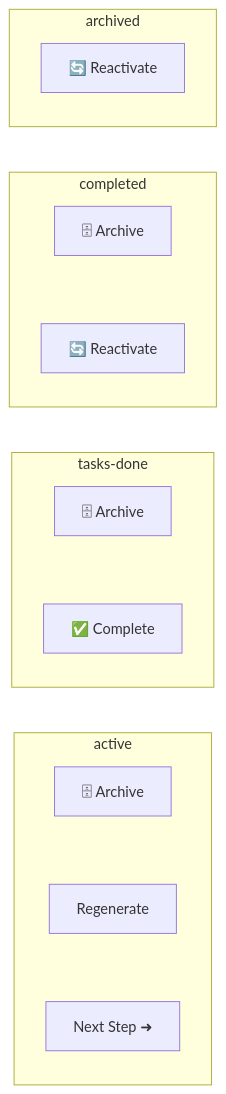
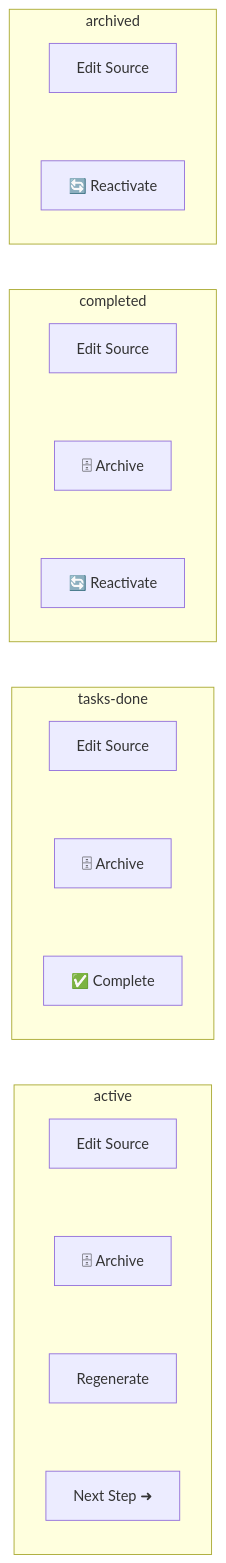
One commit to alfredoperez/speckit-companion changed the third of 8 diagrams in docs/viewer-states.md. Above: the diagram before and after it, drawn with Mermaid. The commit also changed other lines of this file and 12 other files, not shown here.

````diff
--- a/docs/viewer-states.md
+++ b/docs/viewer-states.md
@@ -49,16 +49,19 @@
 ```mermaid
 flowchart LR
     subgraph active
-        A_L["🗄 Archive"] ~~~ A_R1["Regenerate"]
+        A_L1["Edit Source"] ~~~ A_L2["🗄 Archive"]
+        A_L2 ~~~ A_R1["Regenerate"]
         A_R1 ~~~ A_R2["Next Step ➜"]
     end
     subgraph tasks-done
-        T_L["🗄 Archive"] ~~~ T_R["✅ Complete"]
+        T_L1["Edit Source"] ~~~ T_L2["🗄 Archive"]
+        T_L2 ~~~ T_R["✅ Complete"]
     end
     subgraph completed
-        C_L["🗄 Archive"] ~~~ C_R["🔄 Reactivate"]
+        C_L1["Edit Source"] ~~~ C_L2["🗄 Archive"]
+        C_L2 ~~~ C_R["🔄 Reactivate"]
     end
     subgraph archived
-        AR_R["🔄 Reactivate"]
+        AR_L["Edit Source"] ~~~ AR_R["🔄 Reactivate"]
     end
 ```
````
